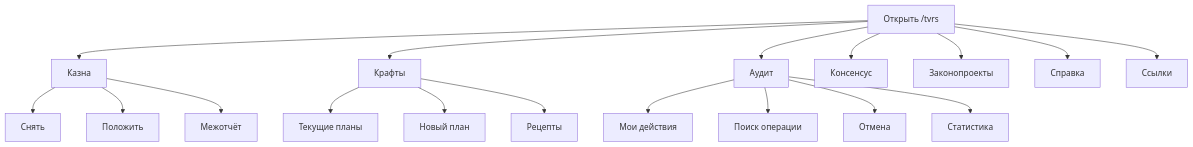
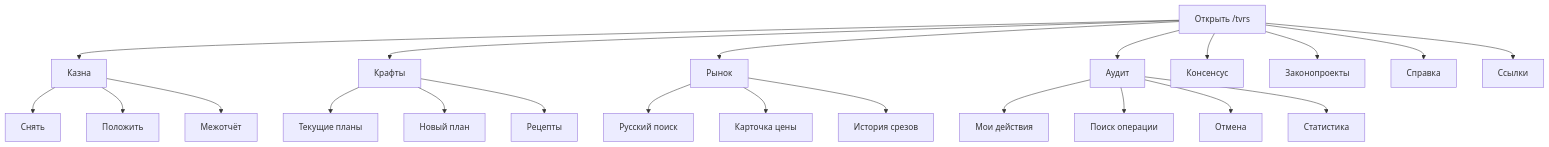
One commit to cdnserver/t-mod changed the diagram in gitbook/tvrs/universality.md. Above: the diagram before and after it, drawn with Mermaid. The commit also changed other lines of this file and 23 other files, not shown here.

````diff
--- a/gitbook/tvrs/universality.md
+++ b/gitbook/tvrs/universality.md
@@ -36,20 +37,24 @@
 ```mermaid
 flowchart TD
     A[Открыть /tvrs] --> B[Казна]
     A --> C[Крафты]
+    A --> I[Рынок]
     A --> D[Аудит]
     A --> E[Консенсус]
     A --> F[Законопроекты]
     A --> G[Справка]
     A --> H[Ссылки]
     B --> B1[Снять]
     B --> B2[Положить]
     B --> B3[Межотчёт]
     C --> C1[Текущие планы]
     C --> C2[Новый план]
     C --> C3[Рецепты]
+    I --> I1[Русский поиск]
+    I --> I2[Карточка цены]
+    I --> I3[История срезов]
     D --> D1[Мои действия]
     D --> D2[Поиск операции]
     D --> D3[Отмена]
     D --> D4[Статистика]
 ```
````
